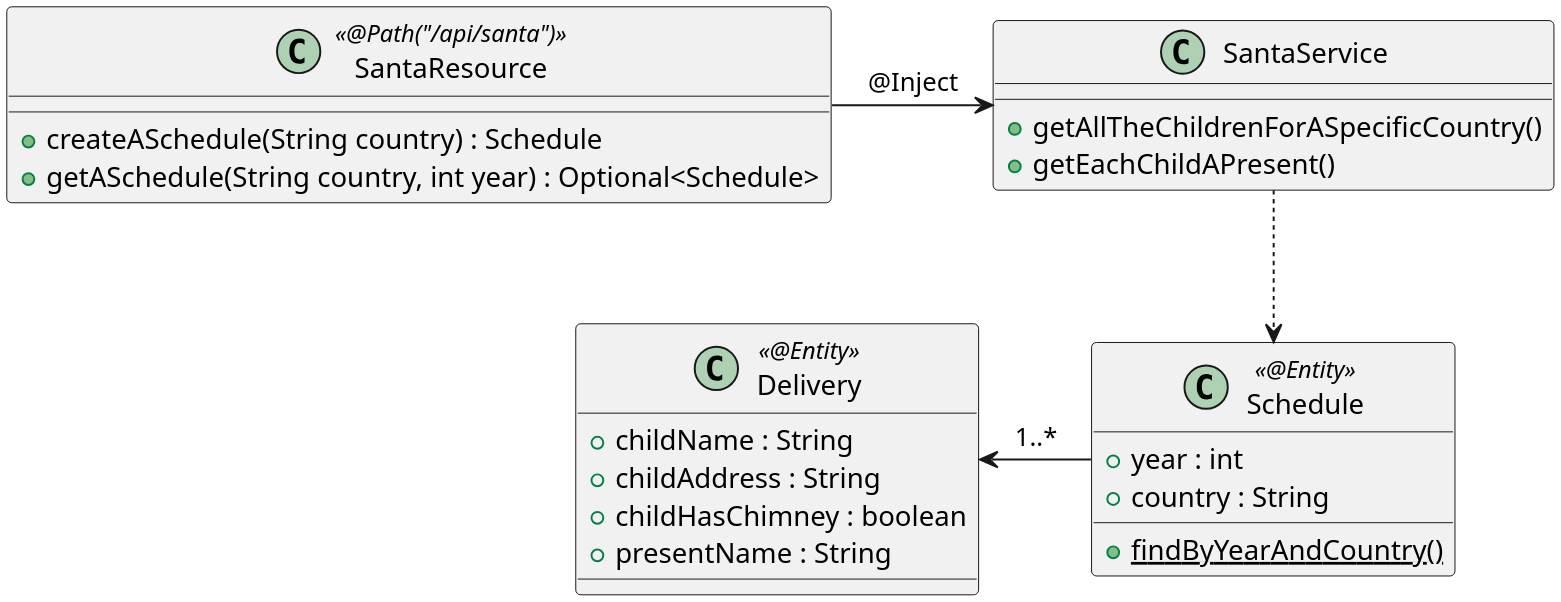
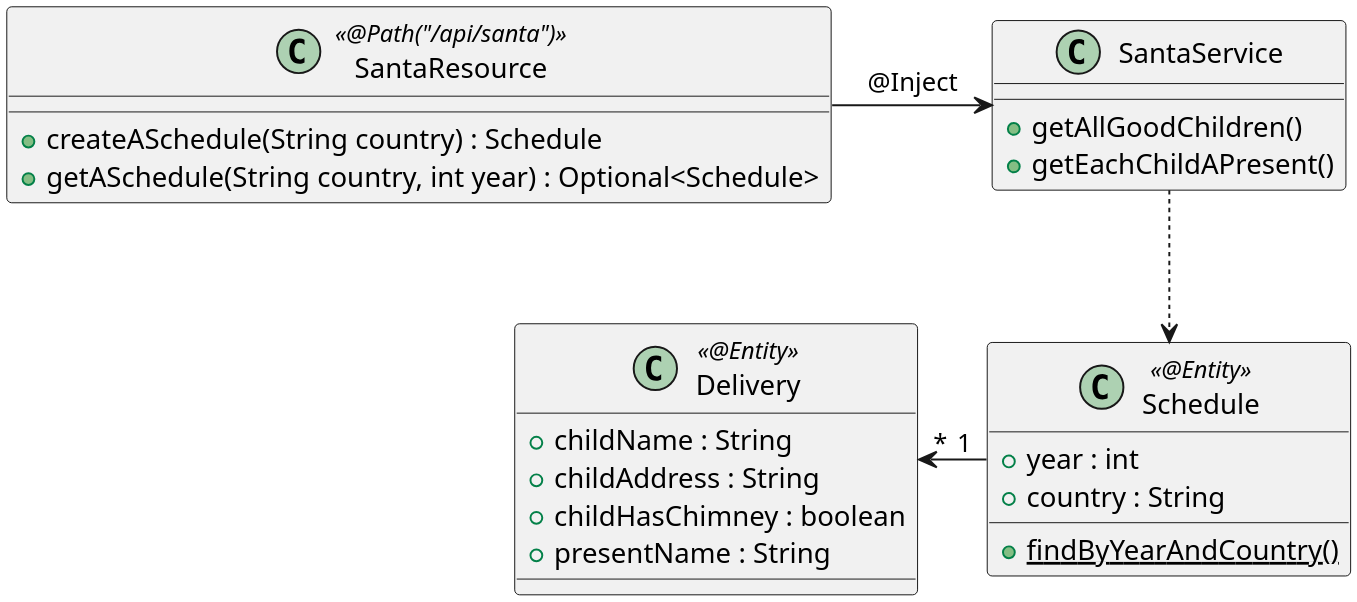
One commit to agoncal/agoncal-articles changed the diagram in 2020-12-JavaAdvent/docs/src/docs/plantuml/javaadvent-figure-santa.puml. Above: the diagram before and after it, drawn with PlantUML. The commit also changed 9 other files, not shown here.

```diff
--- a/2020-12-JavaAdvent/docs/src/docs/plantuml/javaadvent-figure-santa.puml
+++ b/2020-12-JavaAdvent/docs/src/docs/plantuml/javaadvent-figure-santa.puml
@@ -1,31 +1,31 @@
 @startuml
 skinparam dpi 300
 
 class Schedule <<@Entity>> {
     + year : int
     + country : String
     {static} + findByYearAndCountry()
 }
 
 class Delivery <<@Entity>> {
     + childName : String
     + childAddress : String
     + childHasChimney : boolean
     + presentName : String
 }
 
 class SantaResource <<@Path("/api/santa")>> {
     + createASchedule(String country) : Schedule
     + getASchedule(String country, int year) : Optional<Schedule>
 }
 
 class SantaService {
-    + getAllTheChildrenForASpecificCountry()
+    + getAllGoodChildren()
     + getEachChildAPresent()
 }
 
 SantaResource -> SantaService : "@Inject"
 SantaService ..> Schedule
-Schedule -left-> Delivery : "1..*"
+Schedule "1" -left-> "*" Delivery
 
 @enduml
```
